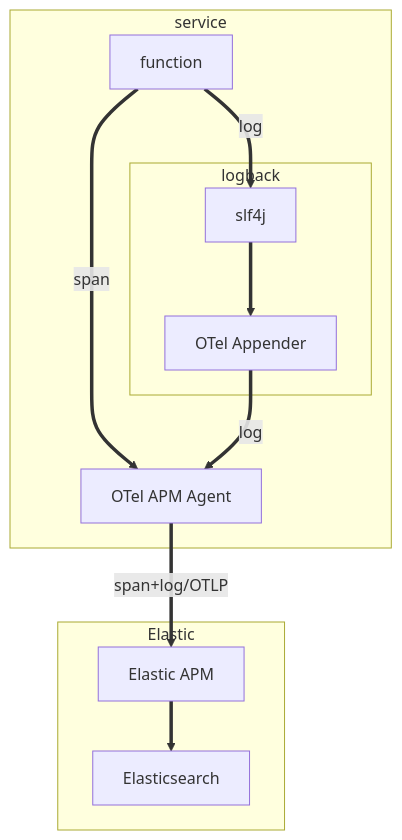
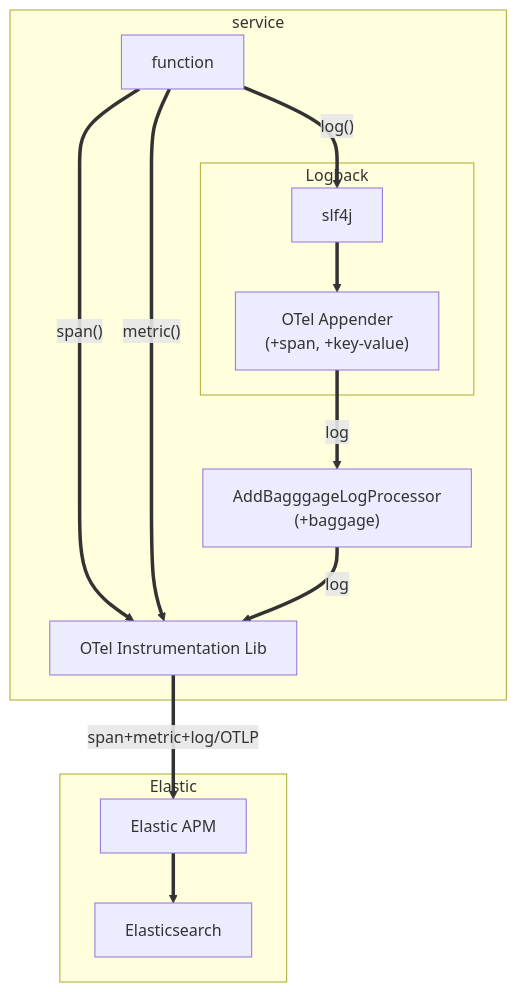
One commit to ty-elastic/otel-logging changed the first of 3 diagrams in README.md. Above: the diagram before and after it, drawn with Mermaid. The commit also changed other lines of this file and 15 other files, not shown here.

````diff
--- a/README.md
+++ b/README.md
@@ -49,19 +84,19 @@
 ```mermaid
 flowchart TB
-
     subgraph Elastic
     ElasticAPM[Elastic APM] ==> Elasticsearch
     end
 
     subgraph Service1[service]
     func[function]
     OTEL1[OTel APM Agent]
-    func == span ==> OTEL1
-    func == log ==> SLF4J1
-    subgraph logback
-    SLF4J1[slf4j] ==> lbOTEL1[OTel Appender]
+    func == "span()" ==> OTEL1
+    func == "metric()" ==> OTEL1
+    func == "log()" ==> SLF4J1
+    subgraph Logback
+    SLF4J1[slf4j] ==> lbOTEL1["OTel Appender\n(+span, +key-value)"]
     end
-    lbOTEL1 == log ==> OTEL1[OTel APM Agent] == span+log/OTLP ==> ElasticAPM
+    lbOTEL1 == log ==> AddBagggageLogProcessor["AddBagggageLogProcessor\n(+baggage)"]
+    AddBagggageLogProcessor == log ==> OTEL1[OTel Instrumentation Lib] == span+metric+log/OTLP ==> ElasticAPM
     end
-
 ```
````
